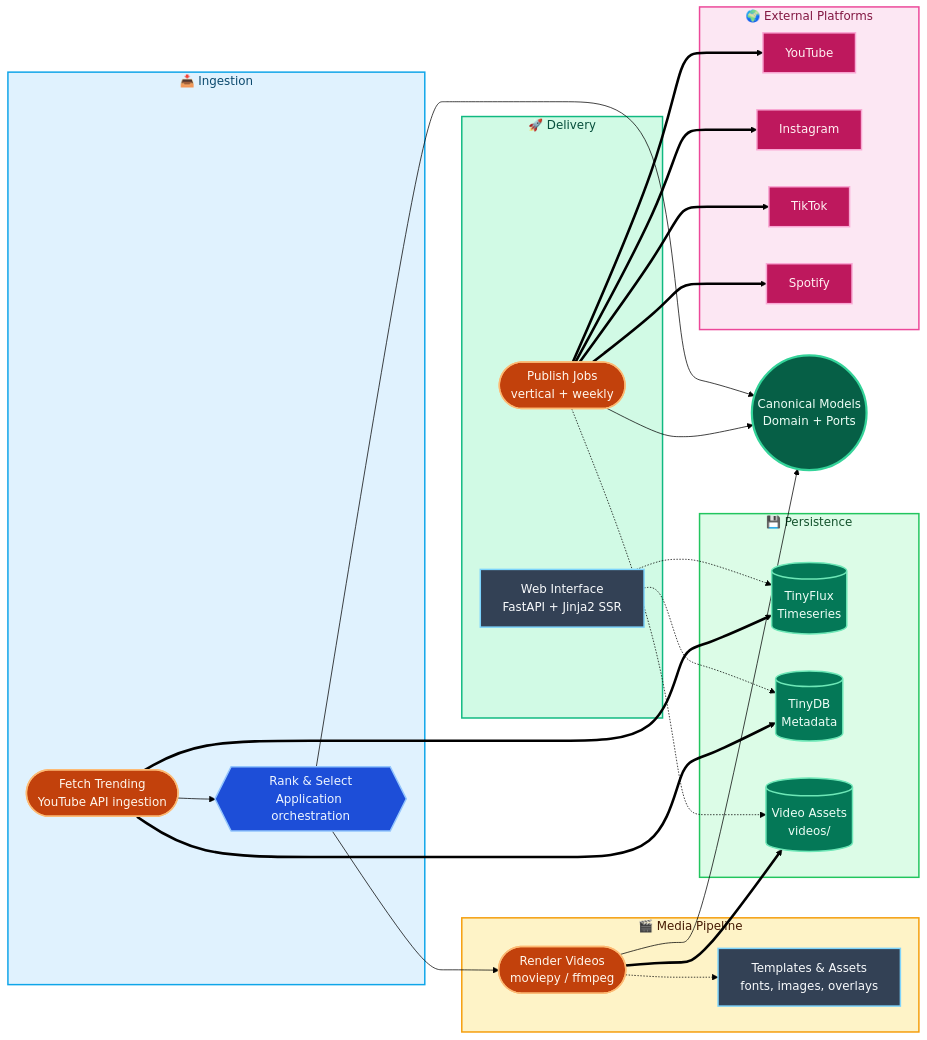
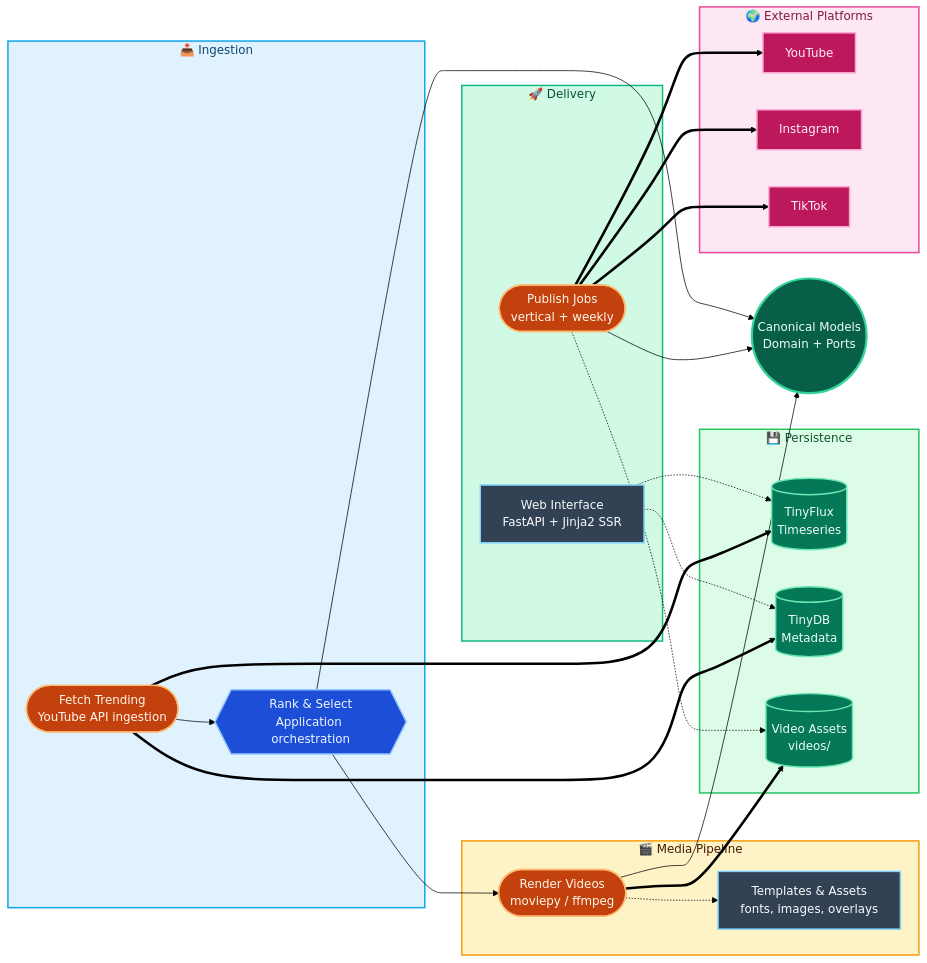
Before and after one commit to olidroide/top-video-generator: the diagram in README.md, drawn with Mermaid (forest theme). The commit also changed other lines of this file and 22 other files, not shown here.

````diff
--- a/README.md
+++ b/README.md
@@ -13,62 +13,60 @@
 ```mermaid
 flowchart LR
     classDef edge        fill:#334155,stroke:#7DD3FC,stroke-width:2px,color:#F8FAFC
     classDef application fill:#1D4ED8,stroke:#93C5FD,stroke-width:2px,color:#EFF6FF
     classDef domain      fill:#065F46,stroke:#34D399,stroke-width:3px,color:#ECFDF5
     classDef infra       fill:#C2410C,stroke:#FDBA74,stroke-width:2px,color:#FFF7ED
     classDef platform    fill:#BE185D,stroke:#F9A8D4,stroke-width:2px,color:#FFF1F2
     classDef store       fill:#047857,stroke:#6EE7B7,stroke-width:2px,color:#ECFDF5
 
     subgraph Ingestion ["📥 Ingestion"]
         FETCH(["Fetch Trending\nYouTube API ingestion"]):::infra
         SCORE{{"Rank & Select\nApplication orchestration"}}:::application
     end
 
     subgraph Media ["🎬 Media Pipeline"]
         RENDER(["Render Videos\nmoviepy / ffmpeg" ]):::infra
         ASSETS["Templates & Assets\nfonts, images, overlays"]:::edge
     end
 
     subgraph Delivery ["🚀 Delivery"]
         PUBLISH(["Publish Jobs\nvertical + weekly" ]):::infra
         WEB["Web Interface\nFastAPI + Jinja2 SSR"]:::edge
     end
 
     subgraph Persistence ["💾 Persistence"]
         TS[("TinyFlux<br/>Timeseries")]:::store
         DB[("TinyDB<br/>Metadata")]:::store
         VID[("Video Assets<br/>videos/")]:::store
     end
 
     subgraph Platforms ["🌍 External Platforms"]
         YT["YouTube"]:::platform
         IG["Instagram"]:::platform
         TT["TikTok"]:::platform
-        SP["Spotify"]:::platform
     end
 
     CORE(("Canonical Models\nDomain + Ports")):::domain
 
     FETCH --> SCORE
     SCORE --> CORE
     RENDER --> CORE
     PUBLISH --> CORE
     WEB -.-> DB
     WEB -.-> TS
     FETCH ==> TS
     FETCH ==> DB
     SCORE --> RENDER
     RENDER -.-> ASSETS
     RENDER ==> VID
     PUBLISH -.-> VID
     PUBLISH ==> YT
     PUBLISH ==> IG
     PUBLISH ==> TT
-    PUBLISH ==> SP
 
     style Ingestion fill:#E0F2FE,stroke:#0EA5E9,stroke-width:2px,color:#0C4A6E
     style Media fill:#FEF3C7,stroke:#F59E0B,stroke-width:2px,color:#451A03
     style Delivery fill:#D1FAE5,stroke:#10B981,stroke-width:2px,color:#064E3B
     style Persistence fill:#DCFCE7,stroke:#22C55E,stroke-width:2px,color:#14532D
     style Platforms fill:#FCE7F3,stroke:#EC4899,stroke-width:2px,color:#831843
 ```
````
